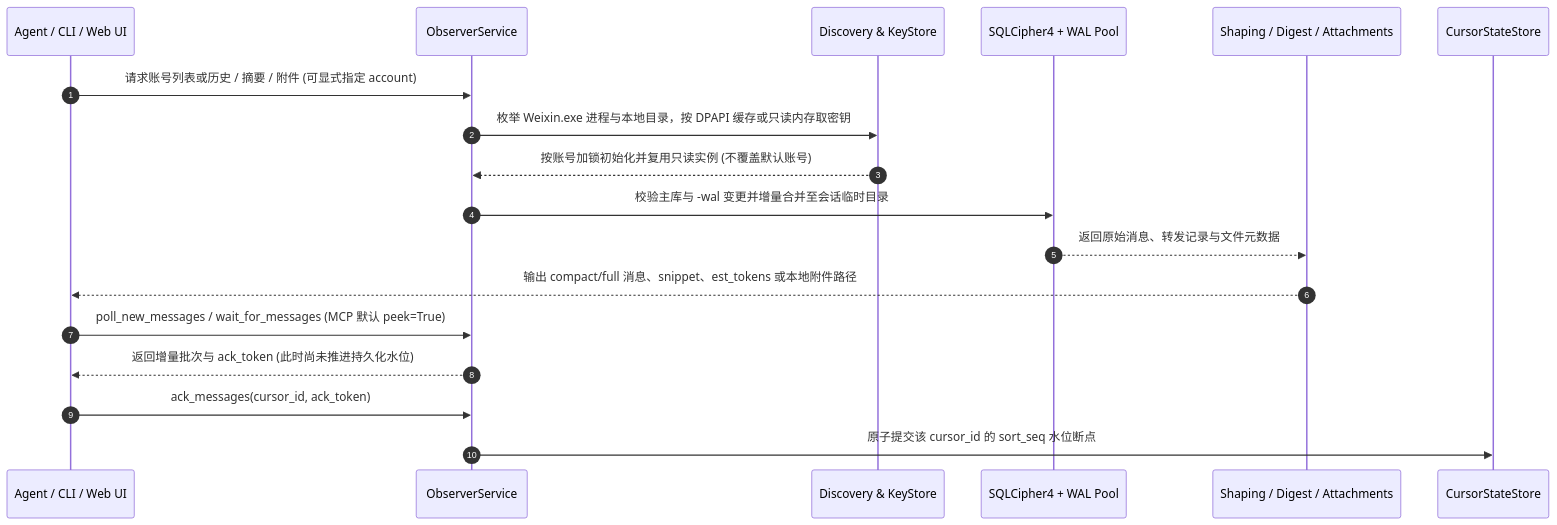
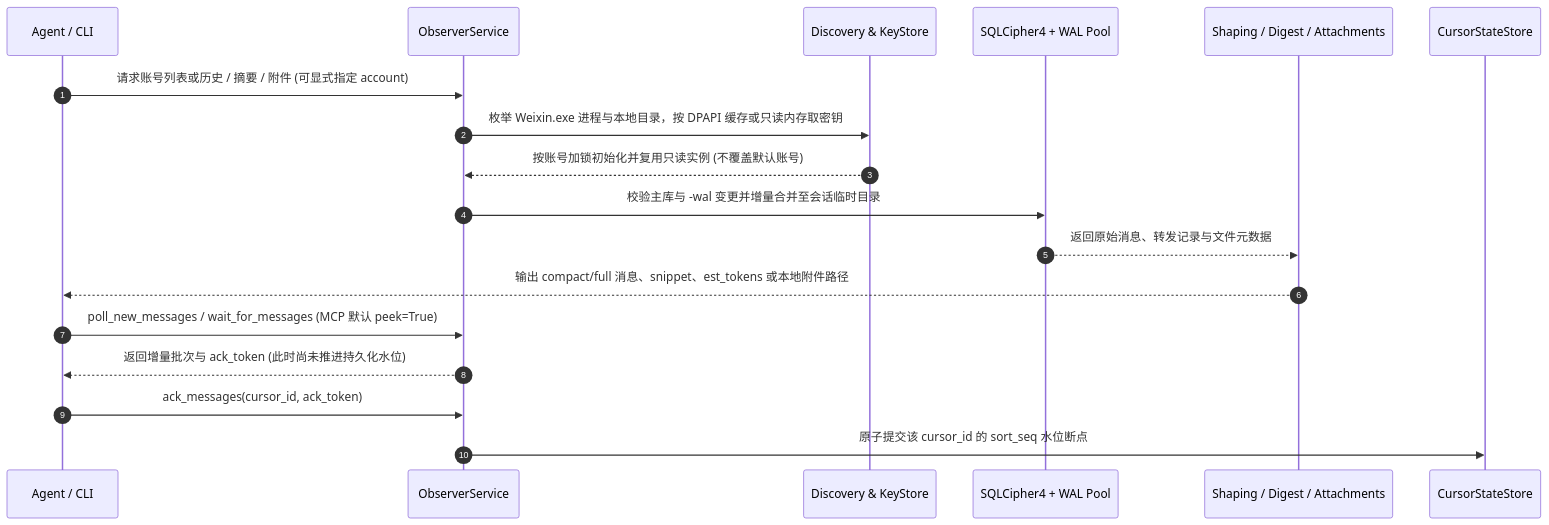
Before and after one commit to liyifu-2026/we-observer: the diagram in README.md, drawn with Mermaid. The commit also changed other lines of this file and 14 other files, not shown here.

````diff
--- a/README.md
+++ b/README.md
@@ -27,21 +26,21 @@
 ```mermaid
 sequenceDiagram
     autonumber
-    participant Client as Agent / CLI / Web UI
+    participant Client as Agent / CLI
     participant Svc as ObserverService
     participant Disc as Discovery & KeyStore
     participant Pool as SQLCipher4 + WAL Pool
     participant Reduce as Shaping / Digest / Attachments
     participant State as CursorStateStore
 
     Client->>Svc: 请求账号列表或历史 / 摘要 / 附件 (可显式指定 account)
     Svc->>Disc: 枚举 Weixin.exe 进程与本地目录，按 DPAPI 缓存或只读内存取密钥
     Disc-->>Svc: 按账号加锁初始化并复用只读实例 (不覆盖默认账号)
     Svc->>Pool: 校验主库与 -wal 变更并增量合并至会话临时目录
     Pool-->>Reduce: 返回原始消息、转发记录与文件元数据
     Reduce-->>Client: 输出 compact/full 消息、snippet、est_tokens 或本地附件路径
     Client->>Svc: poll_new_messages / wait_for_messages (MCP 默认 peek=True)
     Svc-->>Client: 返回增量批次与 ack_token (此时尚未推进持久化水位)
     Client->>Svc: ack_messages(cursor_id, ack_token)
     Svc->>State: 原子提交该 cursor_id 的 sort_seq 水位断点
 ```
````
